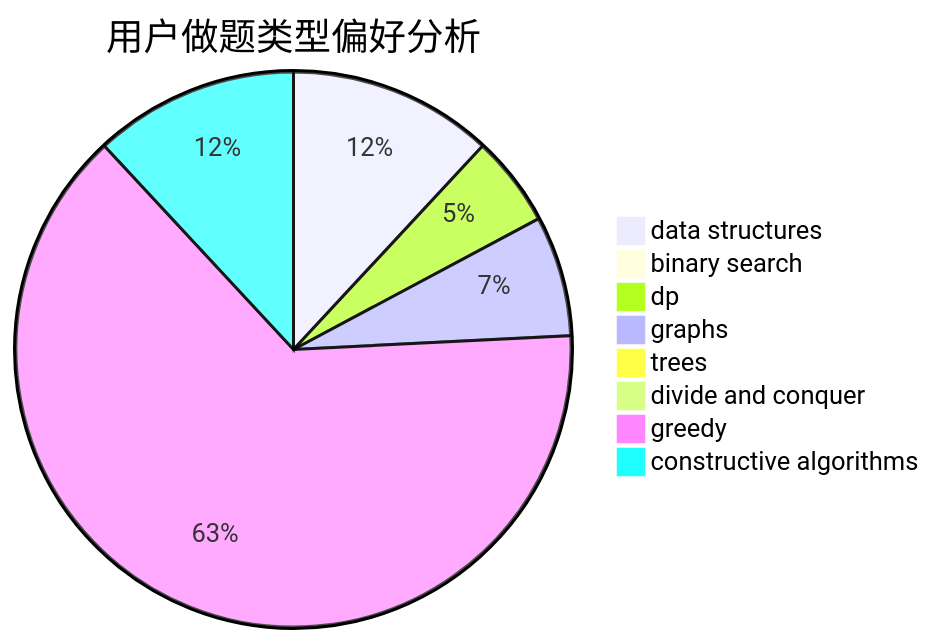
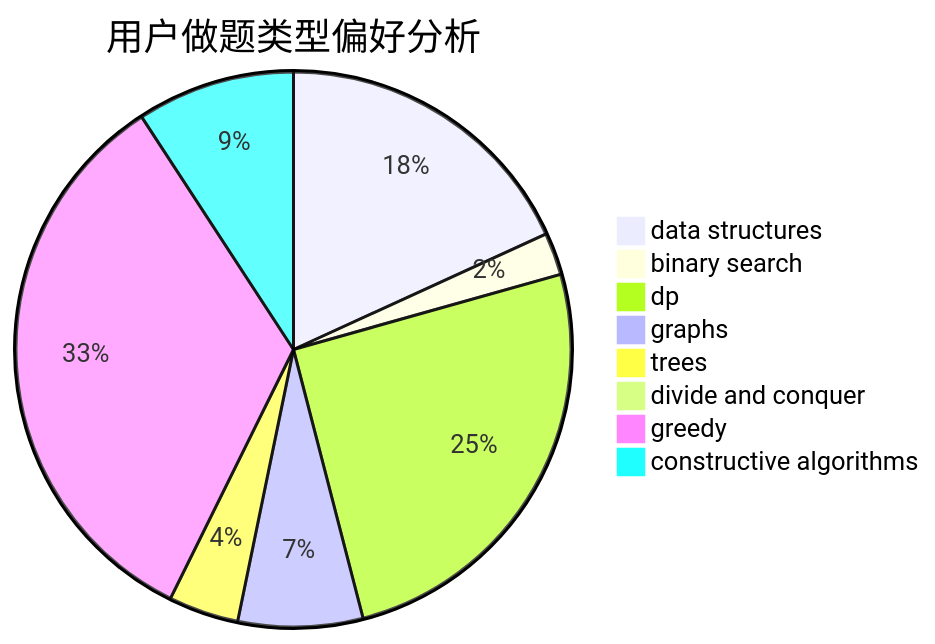
The second of 3 diagrams in docs/user/u1548.md (sherpahu/cfrs.github.io), drawn with Mermaid before and after one commit. The commit also changed other lines of this file and 2770 other files, not shown here.

````diff
--- a/docs/user/u1548.md
+++ b/docs/user/u1548.md
@@ -23,11 +23,11 @@
 ```mermaid
 pie title 用户做题类型偏好分析
-    "data structures" :  124
-    "binary search" :  10
-    "dp" :  55
-    "graphs" :  73
-    "trees" :  10
-    "divide and conquer" :  3
-    "greedy" :  665
-    "constructive algorithms" :  124
+    "data structures" :  383
+    "binary search" :  52
+    "dp" :  534
+    "graphs" :  153
+    "trees" :  86
+    "divide and conquer" :  2
+    "greedy" :  706
+    "constructive algorithms" :  194
 ```
````
